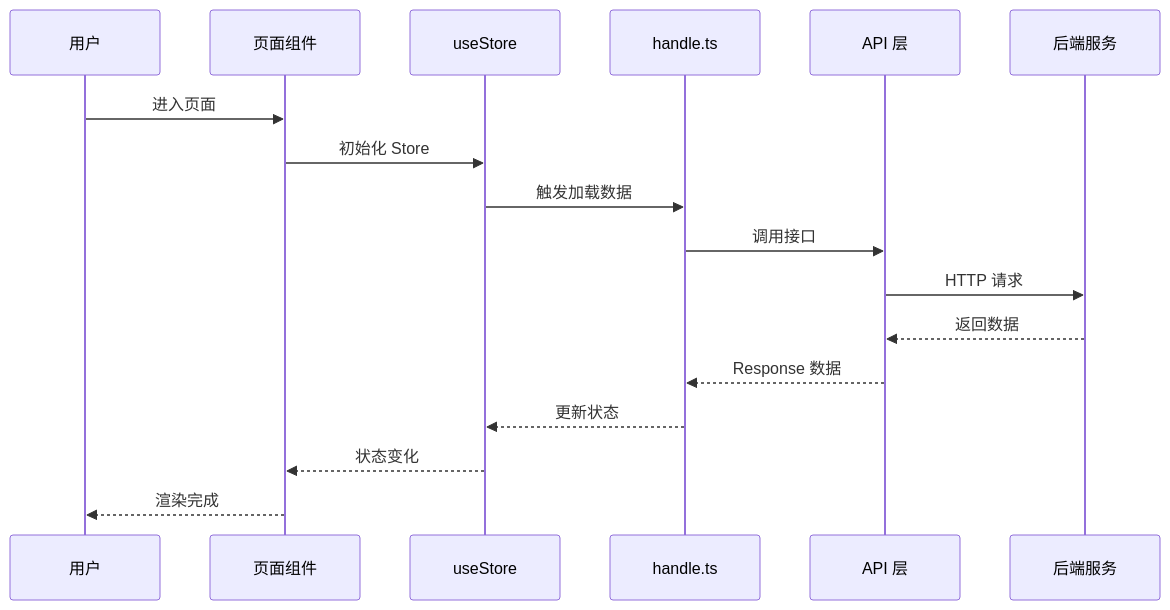
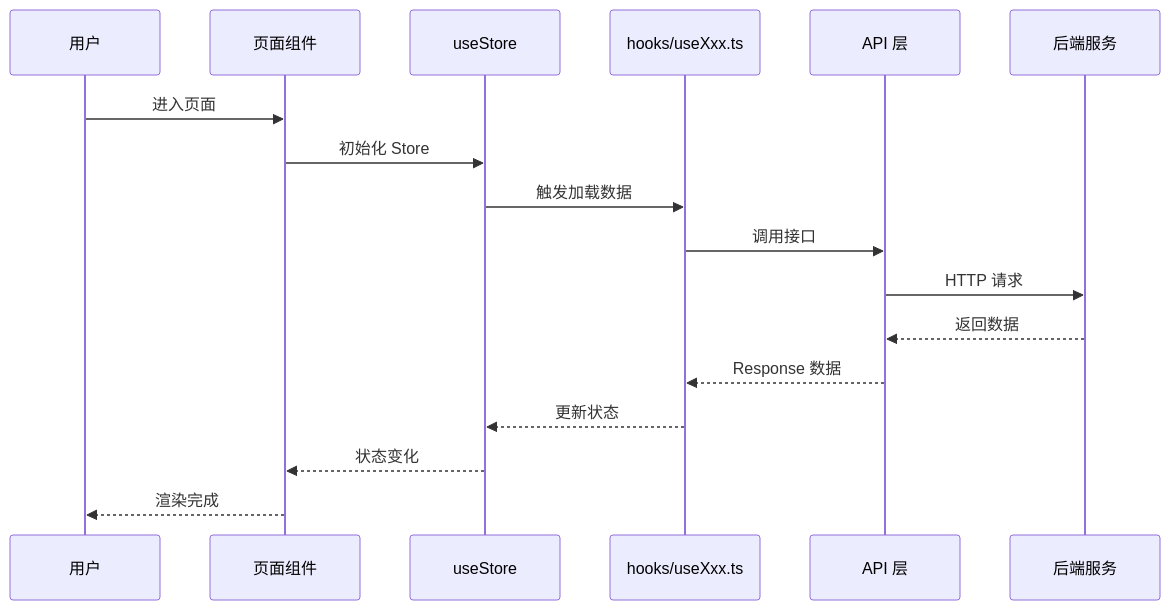
Before and after one commit to ShrekYan/OneSelf: the third of 4 diagrams in .claude/skills/common/frontend-module-doc.md, drawn with Mermaid. The commit also changed other lines of this file and 16 other files, not shown here.

````diff
--- a/.claude/skills/common/frontend-module-doc.md
+++ b/.claude/skills/common/frontend-module-doc.md
@@ -168,20 +168,20 @@
 ```mermaid
 sequenceDiagram
     participant User as 用户
     participant Page as 页面组件
     participant Store as useStore
-    participant Handler as handle.ts
+    participant Hooks as hooks/useXxx.ts
     participant API as API 层
     participant Backend as 后端服务
 
     User->>Page: 进入页面
     Page->>Store: 初始化 Store
-    Store->>Handler: 触发加载数据
-    Handler->>API: 调用接口
+    Store->>Hooks: 触发加载数据
+    Hooks->>API: 调用接口
     API->>Backend: HTTP 请求
     Backend-->>API: 返回数据
-    API-->>Handler: Response 数据
-    Handler-->>Store: 更新状态
+    API-->>Hooks: Response 数据
+    Hooks-->>Store: 更新状态
     Store-->>Page: 状态变化
     Page-->>User: 渲染完成
 ```
````
